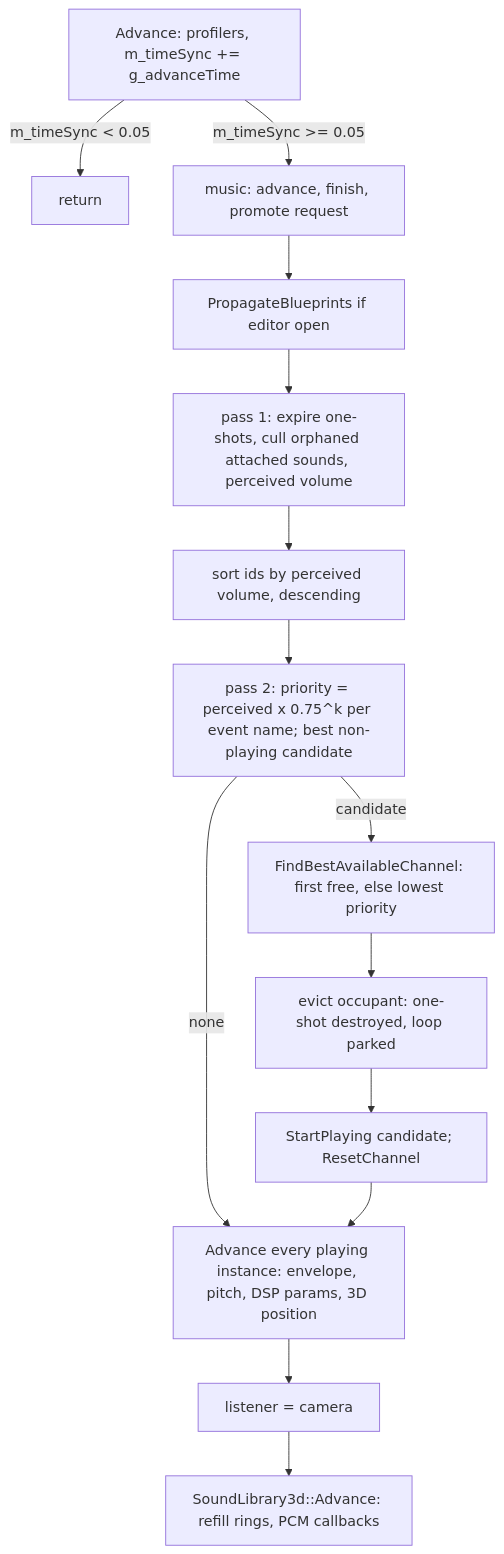
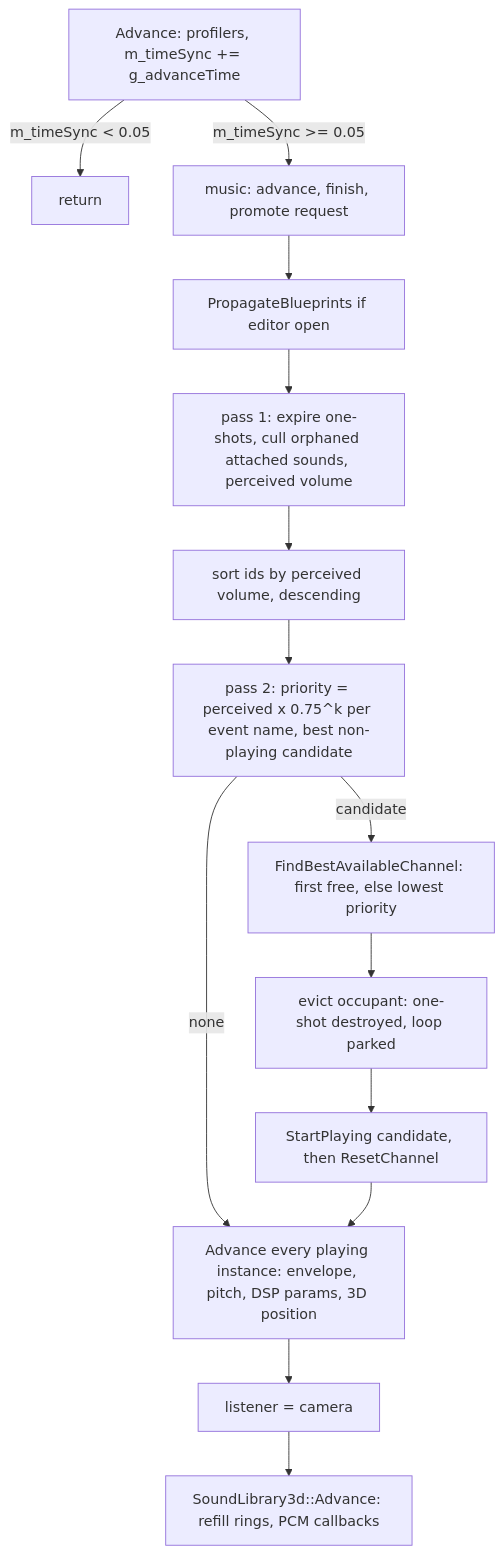
Before and after one commit to Zwaliebaba/Species.AI: the third of 6 diagrams in design/27_audio_engine.md, drawn with Mermaid. The commit also changed other lines of this file and 33 other files, not shown here.

````diff
--- a/design/27_audio_engine.md
+++ b/design/27_audio_engine.md
@@ -455,16 +455,16 @@
 ```mermaid
 flowchart TD
   A["Advance: profilers, m_timeSync += g_advanceTime"] -->|"m_timeSync < 0.05"| Z["return"]
   A -->|"m_timeSync >= 0.05"| M["music: advance, finish, promote request"]
   M --> PB["PropagateBlueprints if editor open"]
   PB --> P1["pass 1: expire one-shots, cull orphaned attached sounds, perceived volume"]
   P1 --> S["sort ids by perceived volume, descending"]
-  S --> P2["pass 2: priority = perceived x 0.75^k per event name; best non-playing candidate"]
+  S --> P2["pass 2: priority = perceived x 0.75^k per event name, best non-playing candidate"]
   P2 -->|"candidate"| C["FindBestAvailableChannel: first free, else lowest priority"]
   C --> E["evict occupant: one-shot destroyed, loop parked"]
-  E --> SP["StartPlaying candidate; ResetChannel"]
+  E --> SP["StartPlaying candidate, then ResetChannel"]
   P2 -->|"none"| AC
   SP --> AC["Advance every playing instance: envelope, pitch, DSP params, 3D position"]
   AC --> L["listener = camera"]
   L --> D["SoundLibrary3d::Advance: refill rings, PCM callbacks"]
 ```
````
